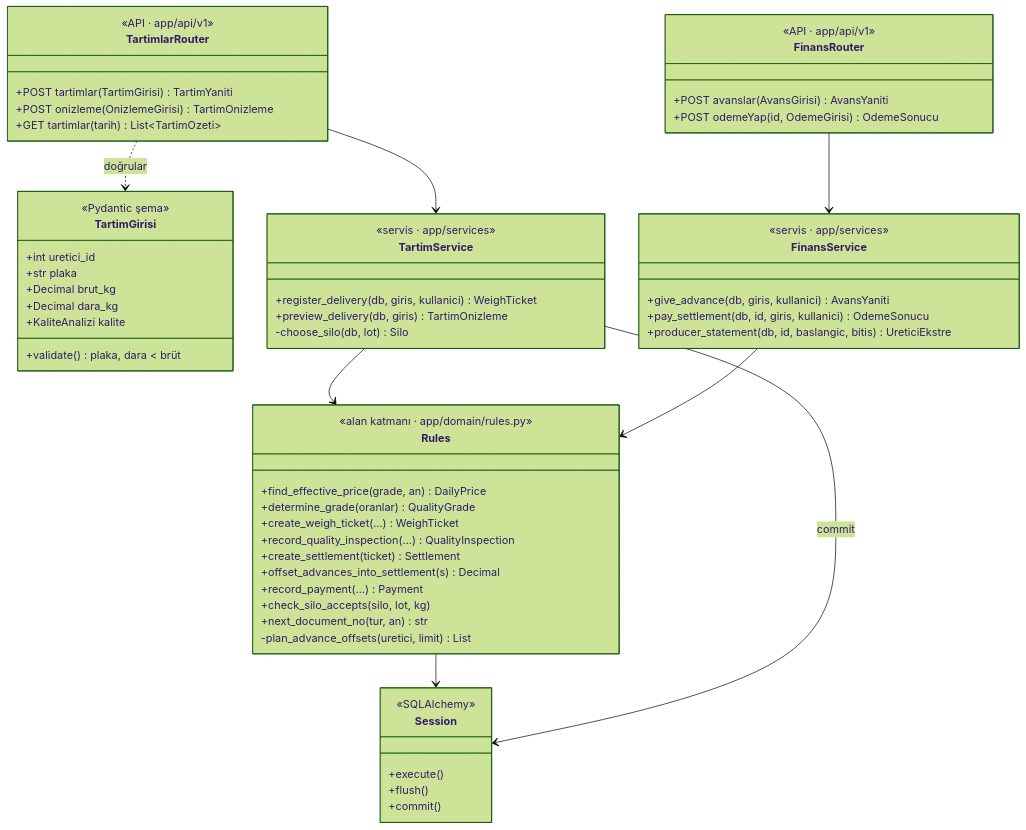
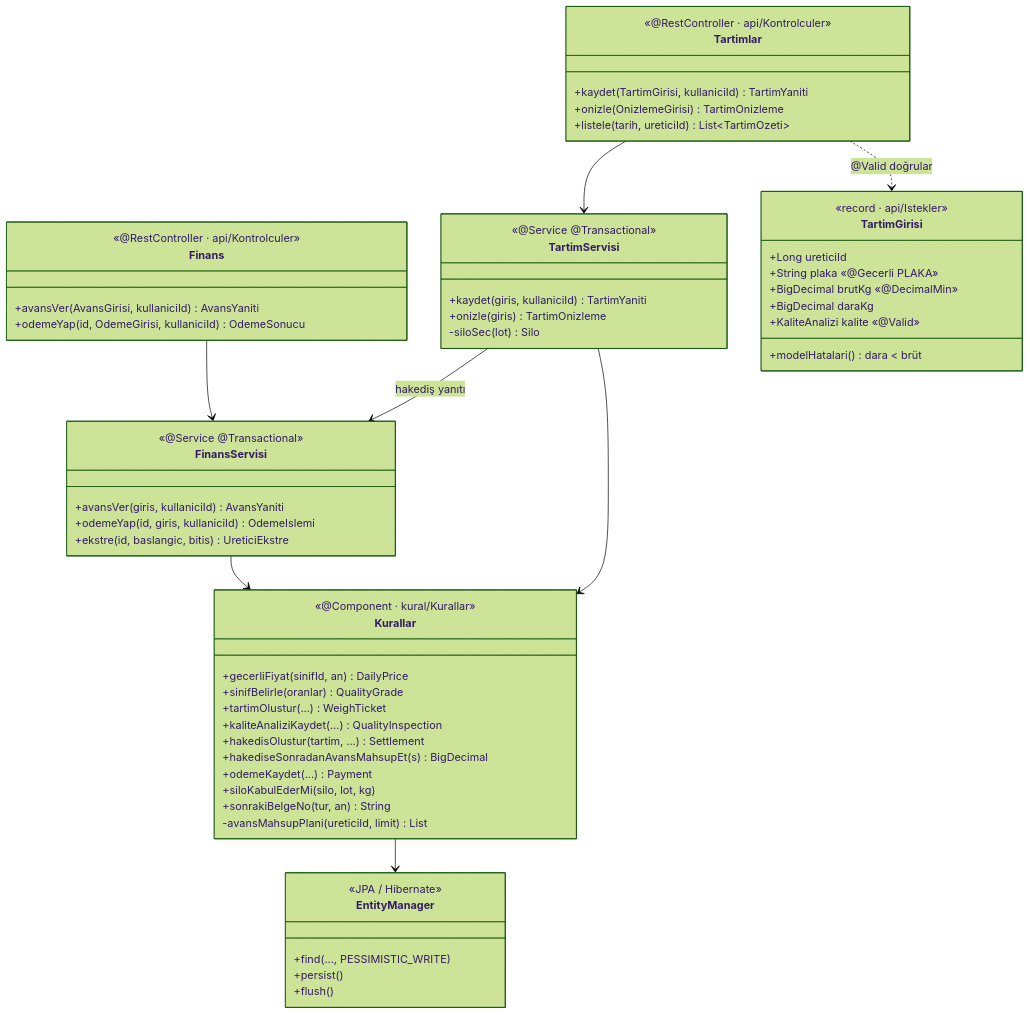
The third of 11 diagrams in docs/UML.md (nisanurhrmn1/siirt-fistik-sistemi), drawn with Mermaid (forest theme) before and after one commit. The commit also changed other lines of this file and 80 other files, not shown here.

````diff
--- a/docs/UML.md
+++ b/docs/UML.md
@@ -238,64 +238,64 @@
 ```mermaid
 classDiagram
     direction TB
 
-    class TartimlarRouter {
-        <<API · app/api/v1>>
-        +POST tartimlar(TartimGirisi) TartimYaniti
-        +POST onizleme(OnizlemeGirisi) TartimOnizleme
-        +GET tartimlar(tarih) List~TartimOzeti~
+    class Tartimlar {
+        <<@RestController · api/Kontrolculer>>
+        +kaydet(TartimGirisi, kullaniciId) TartimYaniti
+        +onizle(OnizlemeGirisi) TartimOnizleme
+        +listele(tarih, ureticiId) List~TartimOzeti~
     }
-    class FinansRouter {
-        <<API · app/api/v1>>
-        +POST avanslar(AvansGirisi) AvansYaniti
-        +POST odemeYap(id, OdemeGirisi) OdemeSonucu
+    class Finans {
+        <<@RestController · api/Kontrolculer>>
+        +avansVer(AvansGirisi, kullaniciId) AvansYaniti
+        +odemeYap(id, OdemeGirisi, kullaniciId) OdemeSonucu
     }
     class TartimGirisi {
-        <<Pydantic şema>>
-        +int uretici_id
-        +str plaka
-        +Decimal brut_kg
-        +Decimal dara_kg
-        +KaliteAnalizi kalite
-        +validate() plaka, dara < brüt
+        <<record · api/Istekler>>
+        +Long ureticiId
+        +String plaka «@Gecerli PLAKA»
+        +BigDecimal brutKg «@DecimalMin»
+        +BigDecimal daraKg
+        +KaliteAnalizi kalite «@Valid»
+        +modelHatalari() dara < brüt
     }
-    class TartimService {
-        <<servis · app/services>>
-        +register_delivery(db, giris, kullanici) WeighTicket
-        +preview_delivery(db, giris) TartimOnizleme
-        -choose_silo(db, lot) Silo
+    class TartimServisi {
+        <<@Service @Transactional>>
+        +kaydet(giris, kullaniciId) TartimYaniti
+        +onizle(giris) TartimOnizleme
+        -siloSec(lot) Silo
     }
-    class FinansService {
-        <<servis · app/services>>
-        +give_advance(db, giris, kullanici) AvansYaniti
-        +pay_settlement(db, id, giris, kullanici) OdemeSonucu
-        +producer_statement(db, id, baslangic, bitis) UreticiEkstre
+    class FinansServisi {
+        <<@Service @Transactional>>
+        +avansVer(giris, kullaniciId) AvansYaniti
+        +odemeYap(id, giris, kullaniciId) OdemeIslemi
+        +ekstre(id, baslangic, bitis) UreticiEkstre
     }
-    class Rules {
-        <<alan katmanı · app/domain/rules.py>>
-        +find_effective_price(grade, an) DailyPrice
-        +determine_grade(oranlar) QualityGrade
-        +create_weigh_ticket(...) WeighTicket
-        +record_quality_inspection(...) QualityInspection
-        +create_settlement(ticket) Settlement
-        +offset_advances_into_settlement(s) Decimal
-        +record_payment(...) Payment
-        +check_silo_accepts(silo, lot, kg)
-        +next_document_no(tur, an) str
-        -plan_advance_offsets(uretici, limit) List
+    class Kurallar {
+        <<@Component · kural/Kurallar>>
+        +gecerliFiyat(sinifId, an) DailyPrice
+        +sinifBelirle(oranlar) QualityGrade
+        +tartimOlustur(...) WeighTicket
+        +kaliteAnaliziKaydet(...) QualityInspection
+        +hakedisOlustur(tartim, ...) Settlement
+        +hakediseSonradanAvansMahsupEt(s) BigDecimal
+        +odemeKaydet(...) Payment
+        +siloKabulEderMi(silo, lot, kg)
+        +sonrakiBelgeNo(tur, an) String
+        -avansMahsupPlani(ureticiId, limit) List
     }
-    class Session {
-        <<SQLAlchemy>>
-        +execute()
+    class EntityManager {
+        <<JPA / Hibernate>>
+        +find(..., PESSIMISTIC_WRITE)
+        +persist()
         +flush()
-        +commit()
     }
 
-    TartimlarRouter ..> TartimGirisi : doğrular
-    TartimlarRouter --> TartimService
-    FinansRouter --> FinansService
-    TartimService --> Rules
-    FinansService --> Rules
-    Rules --> Session
-    TartimService --> Session : commit
+    Tartimlar ..> TartimGirisi : @Valid doğrular
+    Tartimlar --> TartimServisi
+    Finans --> FinansServisi
+    TartimServisi --> Kurallar
+    TartimServisi --> FinansServisi : hakediş yanıtı
+    FinansServisi --> Kurallar
+    Kurallar --> EntityManager
 ```
````
